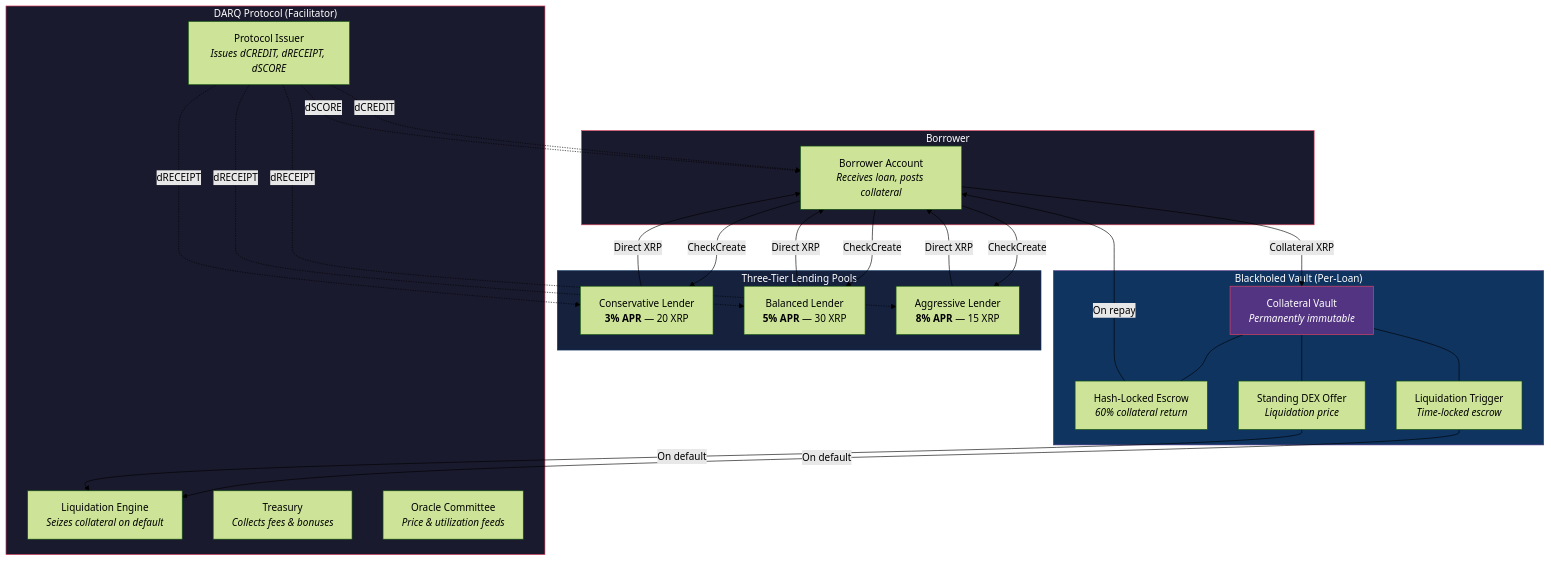
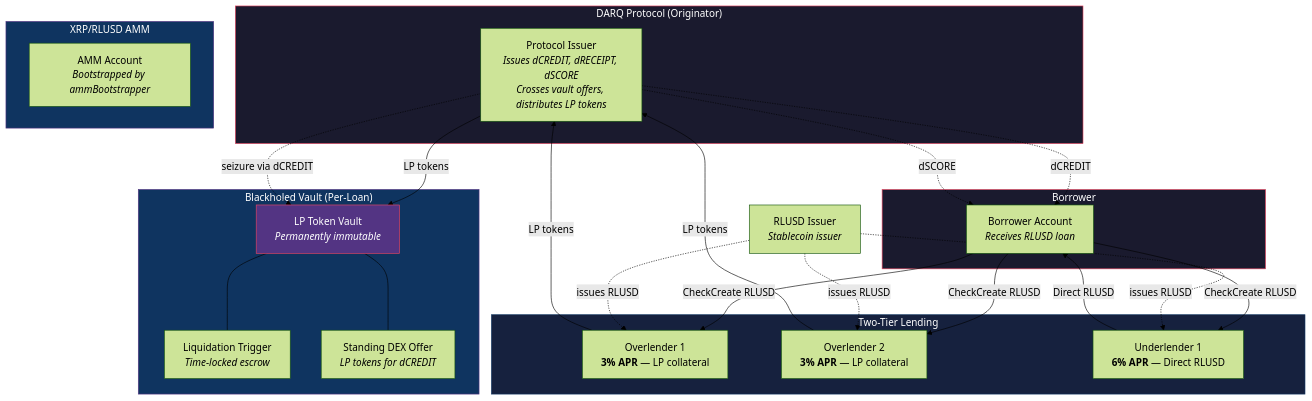
Before and after one commit to Quigles1337/DARQ-Credit-Protocol: the first of 5 diagrams in README.md, drawn with Mermaid (forest theme). The commit also changed other lines of this file and 14 other files, not shown here.

First line of the commit message:
DARQ Credit Protocol v3 — AMM-Backed Overlender Architecture

````diff
--- a/README.md
+++ b/README.md
@@ -21,55 +21,55 @@
 ```mermaid
 graph TB
-    subgraph PROTOCOL["DARQ Protocol (Facilitator)"]
-        PI[Protocol Issuer<br/><i>Issues dCREDIT, dRECEIPT, dSCORE</i>]
-        LE[Liquidation Engine<br/><i>Seizes collateral on default</i>]
-        TR[Treasury<br/><i>Collects fees & bonuses</i>]
-        OR[Oracle Committee<br/><i>Price & utilization feeds</i>]
+    subgraph PROTOCOL["DARQ Protocol (Originator)"]
+        PI[Protocol Issuer<br/><i>Issues dCREDIT, dRECEIPT, dSCORE<br/>Crosses vault offers, distributes LP tokens</i>]
     end
 
-    subgraph LENDERS["Three-Tier Lending Pools"]
-        LC[Conservative Lender<br/><b>3% APR</b> — 20 XRP]
-        LB[Balanced Lender<br/><b>5% APR</b> — 30 XRP]
-        LA[Aggressive Lender<br/><b>8% APR</b> — 15 XRP]
+    subgraph AMM_POOL["XRP/RLUSD AMM"]
+        AMM[AMM Account<br/><i>Bootstrapped by ammBootstrapper</i>]
+    end
+
+    subgraph LENDERS["Two-Tier Lending"]
+        OL1[Overlender 1<br/><b>3% APR</b> — LP collateral]
+        OL2[Overlender 2<br/><b>3% APR</b> — LP collateral]
+        UL1[Underlender 1<br/><b>6% APR</b> — Direct RLUSD]
     end
 
     subgraph BORROWER_SIDE["Borrower"]
-        BW[Borrower Account<br/><i>Receives loan, posts collateral</i>]
+        BW[Borrower Account<br/><i>Receives RLUSD loan</i>]
     end
 
     subgraph VAULT["Blackholed Vault (Per-Loan)"]
-        CV[Collateral Vault<br/><i>Permanently immutable</i>]
-        HE[Hash-Locked Escrow<br/><i>60% collateral return</i>]
+        CV[LP Token Vault<br/><i>Permanently immutable</i>]
         LT[Liquidation Trigger<br/><i>Time-locked escrow</i>]
-        SO[Standing DEX Offer<br/><i>Liquidation price</i>]
+        SO[Standing DEX Offer<br/><i>LP tokens for dCREDIT</i>]
     end
 
-    LC -->|"Direct XRP"| BW
-    LB -->|"Direct XRP"| BW
-    LA -->|"Direct XRP"| BW
+    RLUSD_ISS[RLUSD Issuer<br/><i>Stablecoin issuer</i>]
 
-    BW -->|"CheckCreate"| LC
-    BW -->|"CheckCreate"| LB
-    BW -->|"CheckCreate"| LA
+    OL1 -->|"LP tokens"| PI
+    OL2 -->|"LP tokens"| PI
+    UL1 -->|"Direct RLUSD"| BW
 
-    BW -->|"Collateral XRP"| CV
-    CV --- HE
+    BW -->|"CheckCreate RLUSD"| OL1
+    BW -->|"CheckCreate RLUSD"| OL2
+    BW -->|"CheckCreate RLUSD"| UL1
+
+    PI -->|"LP tokens"| CV
     CV --- LT
     CV --- SO
 
     PI -.->|"dCREDIT"| BW
-    PI -.->|"dRECEIPT"| LC
-    PI -.->|"dRECEIPT"| LB
-    PI -.->|"dRECEIPT"| LA
     PI -.->|"dSCORE"| BW
+    PI -.->|"seizure via dCREDIT"| CV
 
-    HE -->|"On repay"| BW
-    LT -->|"On default"| LE
-    SO -->|"On default"| LE
+    RLUSD_ISS -.->|"issues RLUSD"| OL1
+    RLUSD_ISS -.->|"issues RLUSD"| OL2
+    RLUSD_ISS -.->|"issues RLUSD"| UL1
 
     style PROTOCOL fill:#1a1a2e,stroke:#e94560,color:#fff
+    style AMM_POOL fill:#0f3460,stroke:#533483,color:#fff
     style LENDERS fill:#16213e,stroke:#0f3460,color:#fff
     style BORROWER_SIDE fill:#1a1a2e,stroke:#e94560,color:#fff
     style VAULT fill:#0f3460,stroke:#533483,color:#fff
     style CV fill:#533483,stroke:#e94560,color:#fff
 ```
````
